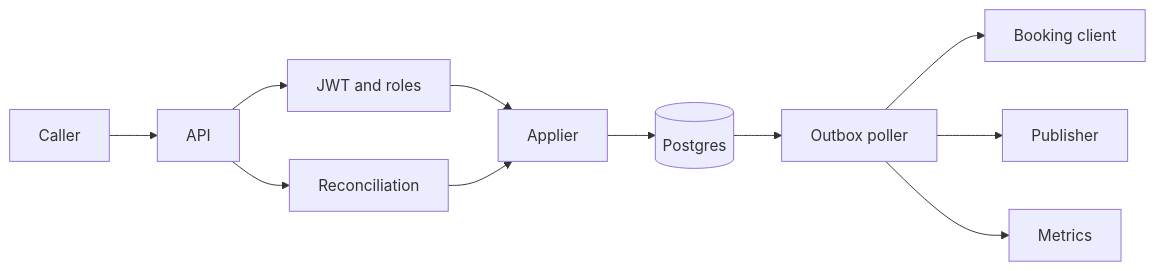
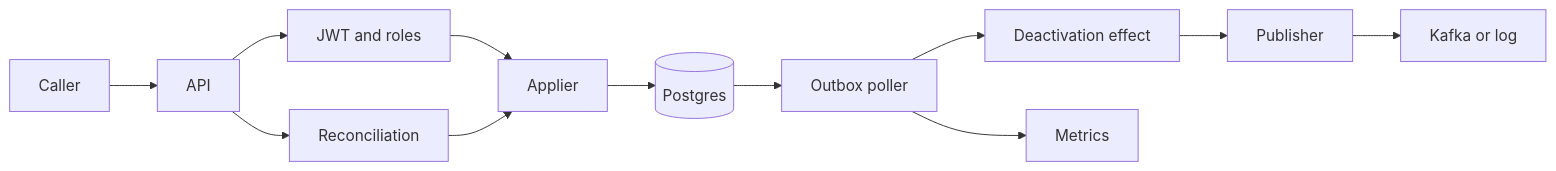
Before and after one commit to rishitbajaj/hr-sync: the first of 3 diagrams in docs/DESIGN.md, drawn with Mermaid. The commit also changed other lines of this file and 5 other files, not shown here.

````diff
--- a/docs/DESIGN.md
+++ b/docs/DESIGN.md
@@ -7,13 +7,14 @@
 ```mermaid
 flowchart LR
   caller[Caller] --> api[API]
   api --> auth[JWT and roles]
   auth --> applier[Applier]
   applier --> pg[(Postgres)]
   pg --> poller[Outbox poller]
-  poller --> booking[Booking client]
-  poller --> publisher[Publisher]
+  poller --> effect[Deactivation effect]
+  effect --> publisher[Publisher]
+  publisher --> kafka[Kafka or log]
   api --> recon[Reconciliation]
   recon --> applier
   poller --> metrics[Metrics]
 ```
````
